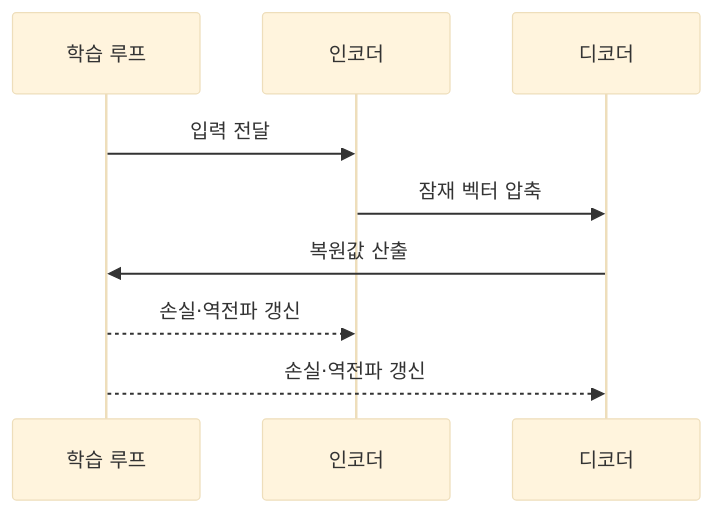
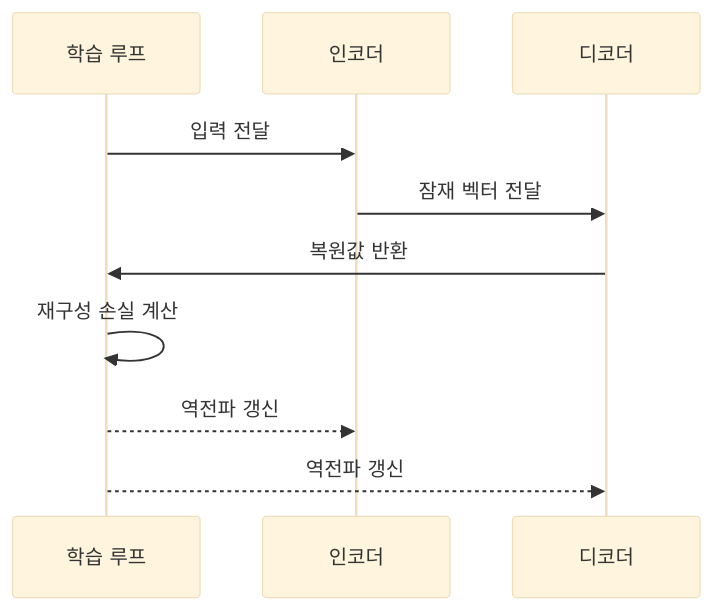
Before and after one commit to agnusdei1207/knowledge-base: the second of 2 diagrams in src/content/docs/notes/01-basic-theory/045_autoencoder.md, drawn with Mermaid (base theme). The commit also changed other lines of this file and 7 other files, not shown here.

````diff
--- a/src/content/docs/notes/01-basic-theory/045_autoencoder.md
+++ b/src/content/docs/notes/01-basic-theory/045_autoencoder.md
@@ -81,11 +86,12 @@
 ```mermaid
 sequenceDiagram
     participant L as 학습 루프
     participant E as 인코더
     participant D as 디코더
     L->>E: 입력 전달
-    E->>D: 잠재 벡터 압축
-    D->>L: 복원값 산출
-    L-->>E: 손실·역전파 갱신
-    L-->>D: 손실·역전파 갱신
+    E->>D: 잠재 벡터 전달
+    D->>L: 복원값 반환
+    L->>L: 재구성 손실 계산
+    L-->>E: 역전파 갱신
+    L-->>D: 역전파 갱신
 ```
````
